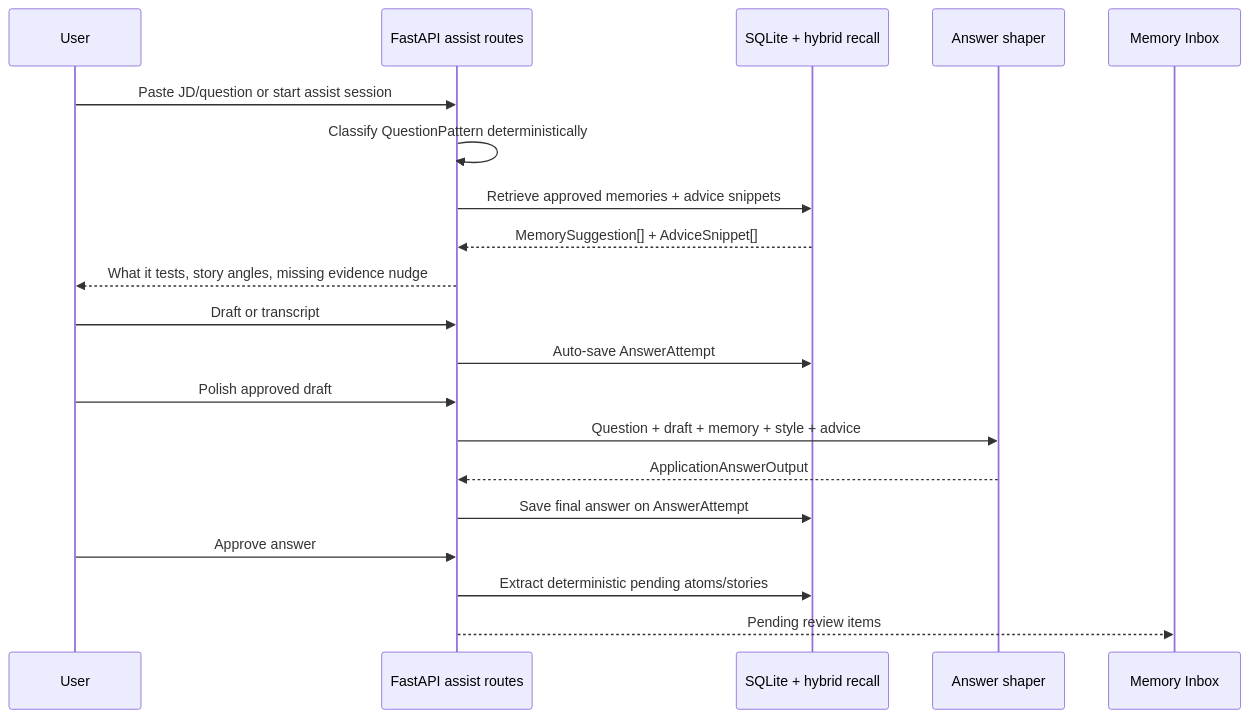
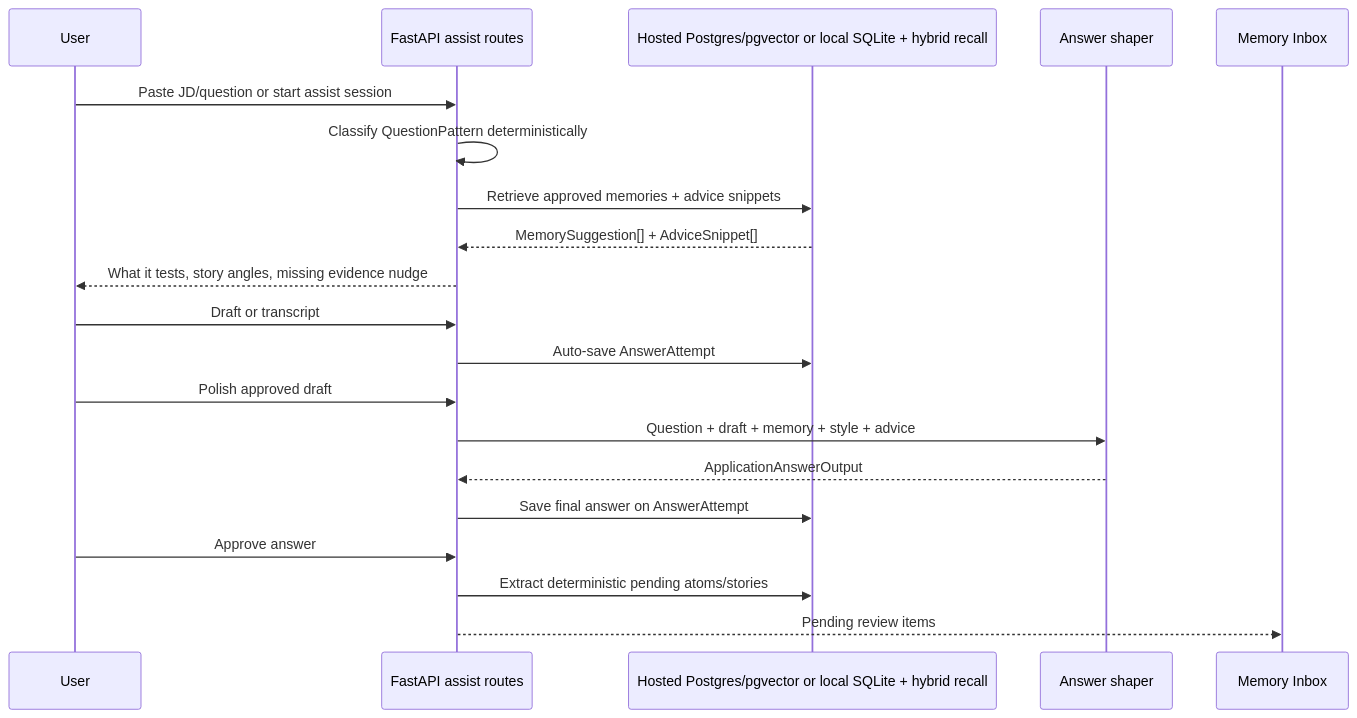
Before and after one commit to DevNick21/trajectory: the diagram in MEMORY_ARCHITECTURE.md, drawn with Mermaid. The commit also changed other lines of this file and 100 other files, not shown here.

````diff
--- a/MEMORY_ARCHITECTURE.md
+++ b/MEMORY_ARCHITECTURE.md
@@ -23,23 +23,23 @@
 ```mermaid
 sequenceDiagram
     participant U as User
     participant API as FastAPI assist routes
-    participant Store as SQLite + hybrid recall
+    participant Store as Hosted Postgres/pgvector or local SQLite + hybrid recall
     participant Agent as Answer shaper
     participant Inbox as Memory Inbox
 
     U->>API: Paste JD/question or start assist session
     API->>API: Classify QuestionPattern deterministically
     API->>Store: Retrieve approved memories + advice snippets
     Store-->>API: MemorySuggestion[] + AdviceSnippet[]
     API-->>U: What it tests, story angles, missing evidence nudge
     U->>API: Draft or transcript
     API->>Store: Auto-save AnswerAttempt
     U->>API: Polish approved draft
     API->>Agent: Question + draft + memory + style + advice
     Agent-->>API: ApplicationAnswerOutput
     API->>Store: Save final answer on AnswerAttempt
     U->>API: Approve answer
     API->>Store: Extract deterministic pending atoms/stories
     API-->>Inbox: Pending review items
 ```
````
